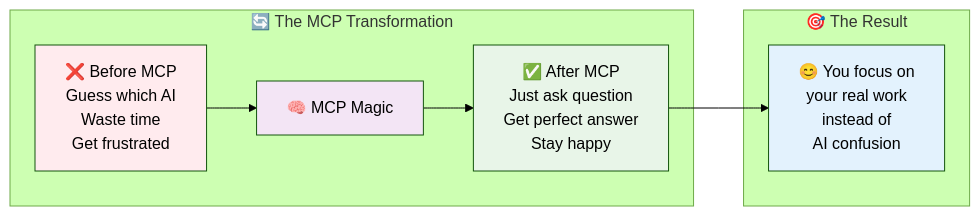
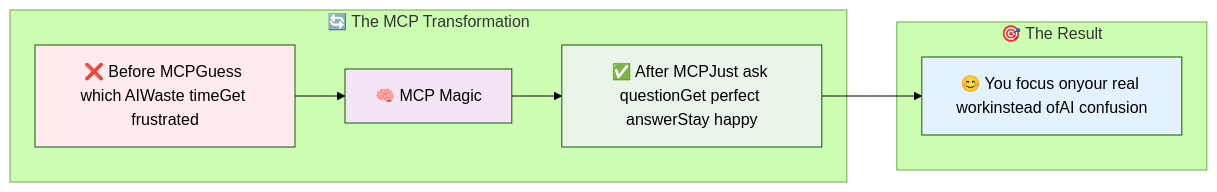
Before and after one commit to manikcloud/build-your-own-ai-assistant: the tenth of 11 diagrams in MCP-Theory-Guide.md, drawn with Mermaid (forest theme). The commit also changed other lines of this file and 1 other file, not shown here.

First line of the commit message:
Remove all <br/> tags from Mermaid diagrams

````diff
--- a/MCP-Theory-Guide.md
+++ b/MCP-Theory-Guide.md
@@ -585,19 +585,19 @@
 ```mermaid
 graph LR
     subgraph "🔄 The MCP Transformation"
-        A["❌ Before MCP<br/>Guess which AI<br/>Waste time<br/>Get frustrated"] 
+        A["❌ Before MCPGuess which AIWaste timeGet frustrated"] 
         A --> B["🧠 MCP Magic"]
-        B --> C["✅ After MCP<br/>Just ask question<br/>Get perfect answer<br/>Stay happy"]
+        B --> C["✅ After MCPJust ask questionGet perfect answerStay happy"]
     end
     
     subgraph "🎯 The Result"
-        D["😊 You focus on<br/>your real work<br/>instead of<br/>AI confusion"]
+        D["😊 You focus onyour real workinstead ofAI confusion"]
     end
     
     C --> D
     
     style A fill:#ffebee
     style B fill:#f3e5f5
     style C fill:#e8f5e8
     style D fill:#e3f2fd
 ```
````
